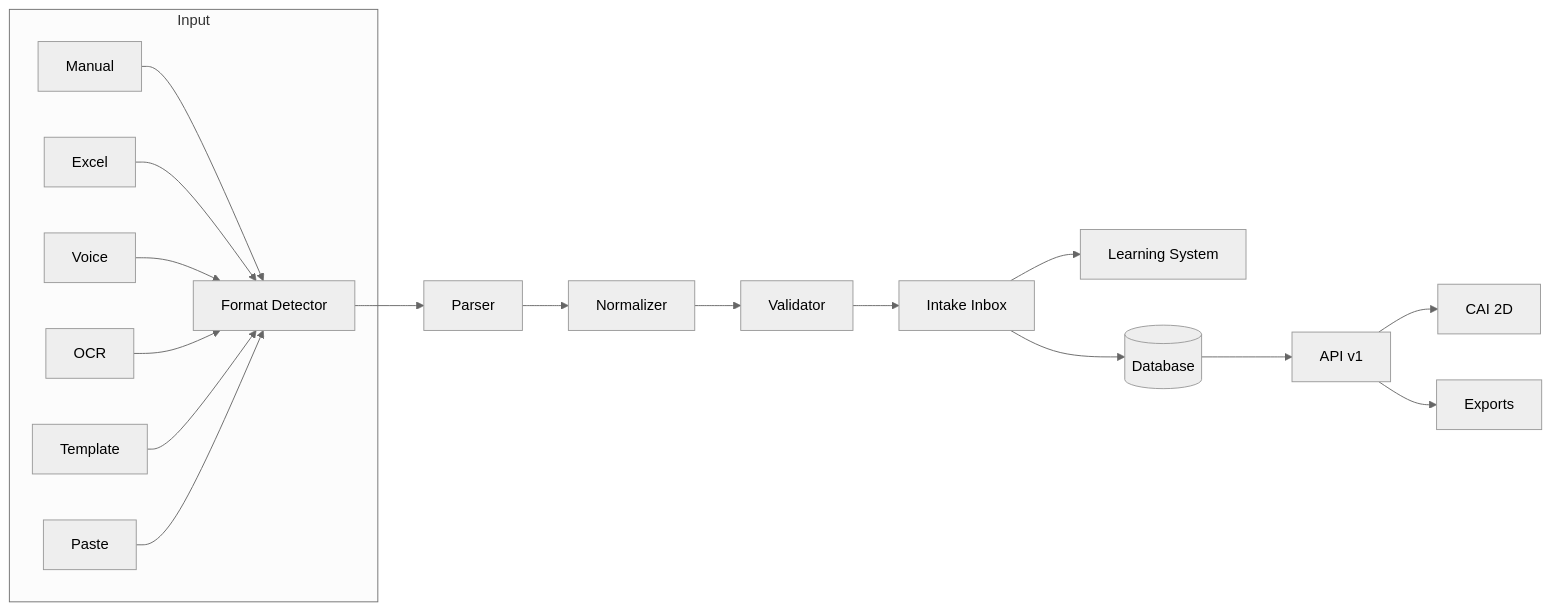
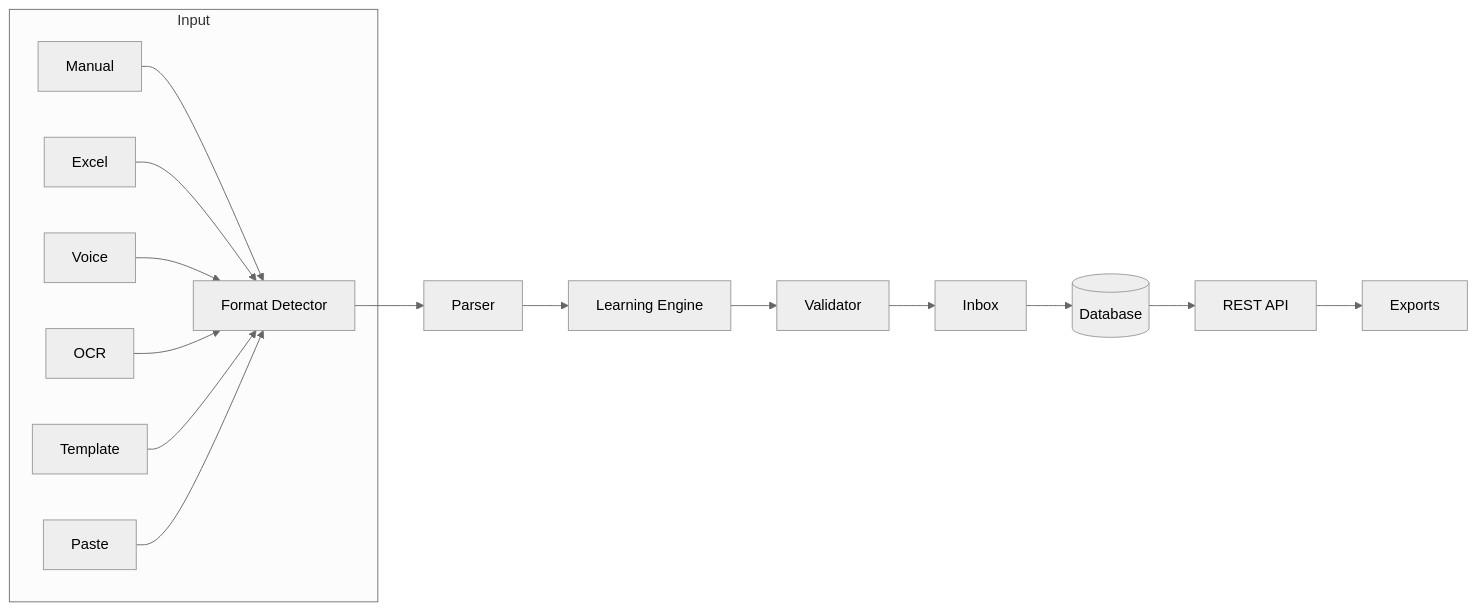
One commit to positivesocial/CAI-Intake changed the diagram in README.md. Above: the diagram before and after it, drawn with Mermaid (neutral theme). The commit also changed other lines of this file and 11 other files, not shown here.

````diff
--- a/README.md
+++ b/README.md
@@ -232,21 +244,19 @@
 ```mermaid
 flowchart LR
     subgraph Input
         A[Manual] --> R
         B[Excel] --> R
         C[Voice] --> R
         D[OCR] --> R
         E[Template] --> R
         F[Paste] --> R
     end
     
     R[Format Detector] --> P[Parser]
-    P --> N[Normalizer]
-    N --> V[Validator]
-    V --> I[Intake Inbox]
-    I --> L[Learning System]
+    P --> L[Learning Engine]
+    L --> V[Validator]
+    V --> I[Inbox]
     I --> DB[(Database)]
-    DB --> API[API v1]
-    API --> OPT[CAI 2D]
+    DB --> API[REST API]
     API --> EXP[Exports]
 ```
````
